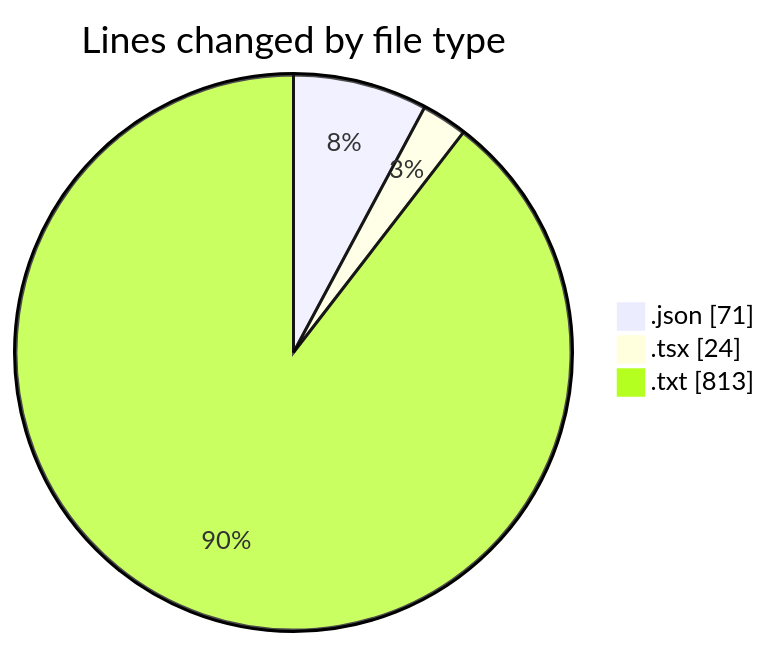
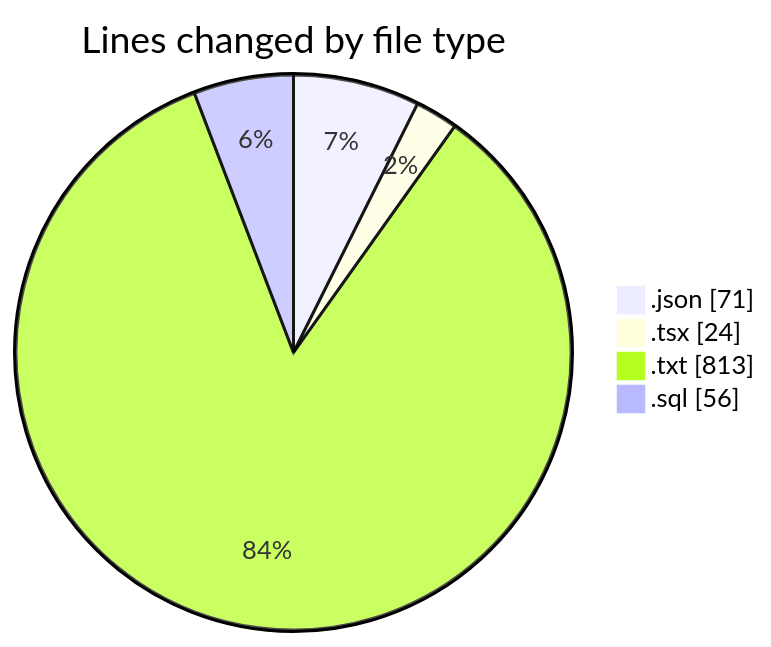
The first of 2 diagrams in 2025-09-04/hiai-phf/README.md (lephambinh05/code-tracking), drawn with Mermaid before and after one commit. The commit also changed other lines of this file and 1 other file, not shown here.

````diff
--- a/2025-09-04/hiai-phf/README.md
+++ b/2025-09-04/hiai-phf/README.md
@@ -22,7 +23,8 @@
 ```mermaid
 pie showData
 title Lines changed by file type
 ".json" : 71
 ".tsx" : 24
 ".txt" : 813
+".sql" : 56
 ```
````
